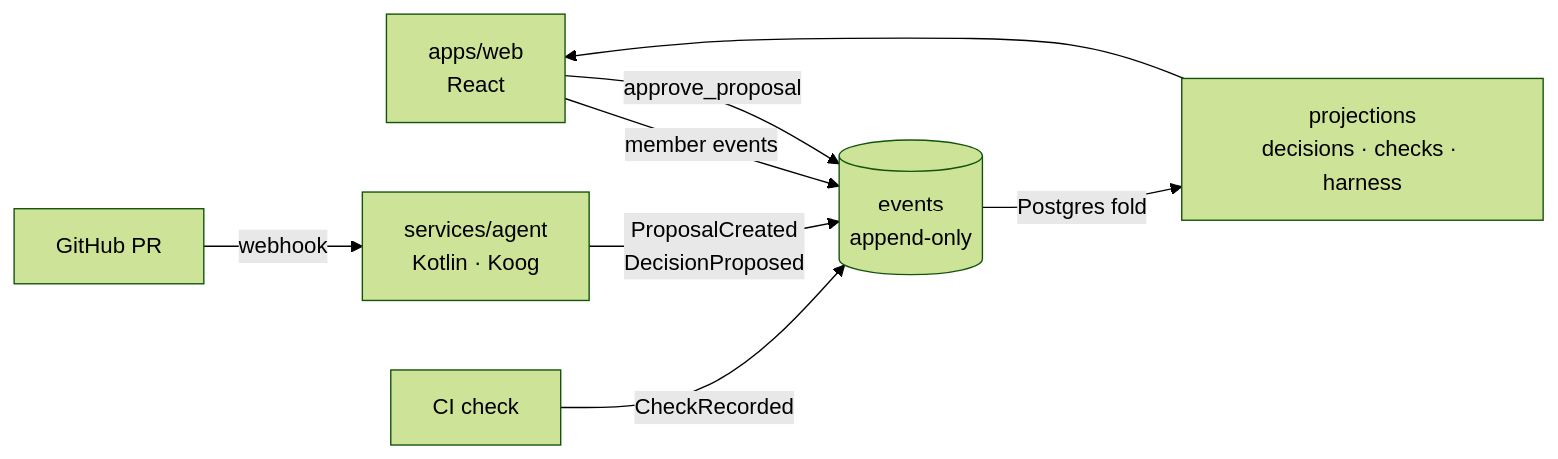
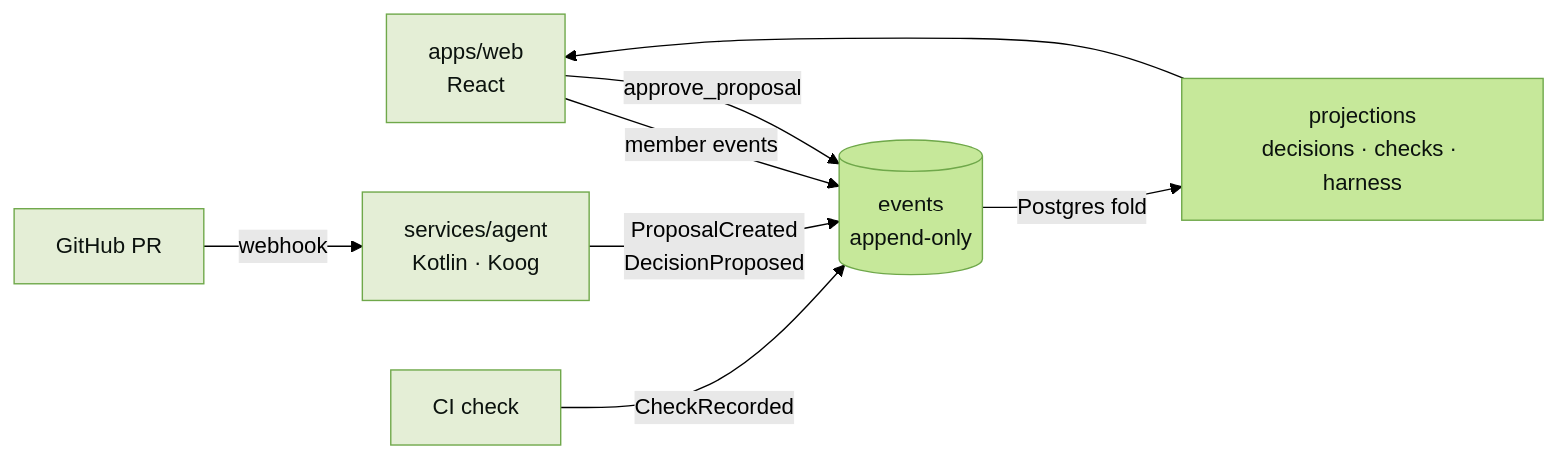
The second of 2 diagrams in README.md (podzimekdavid/Horizon), drawn with Mermaid (forest theme) before and after one commit. The commit also changed other lines of this file, not shown here.

````diff
--- a/README.md
+++ b/README.md
@@ -7,12 +29,16 @@
 ```mermaid
 flowchart LR
     Web["apps/web<br/>React"] -->|member events| Log[("events<br/>append-only")]
     GH["GitHub PR"] -->|webhook| Agent["services/agent<br/>Kotlin · Koog"]
     CI["CI check"] -->|CheckRecorded| Log
     Agent -->|"ProposalCreated<br/>DecisionProposed"| Log
 
     Log -->|Postgres fold| Proj["projections<br/>decisions · checks · harness"]
     Proj --> Web
+    Web -->|"approve_proposal"| Log
 
-    Web -->|"approve_proposal"| Log
+    classDef store fill:#c6e89a,stroke:#6fa84a,color:#0b120e;
+    classDef node fill:#e4eed6,stroke:#6fa84a,color:#0b120e;
+    class Log,Proj store;
+    class Web,GH,Agent,CI node;
 ```
````
